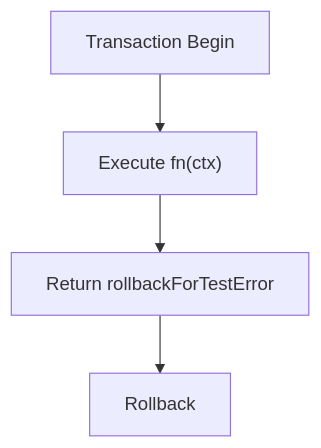
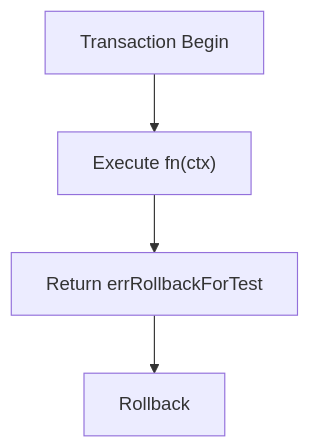
One commit to Tomy-ch/go-boilerplate changed the third of 8 diagrams in internal/infrastructure/rdb/testkit/README.md. Above: the diagram before and after it, drawn with Mermaid. The commit also changed other lines of this file and 114 other files, not shown here.

````diff
--- a/internal/infrastructure/rdb/testkit/README.md
+++ b/internal/infrastructure/rdb/testkit/README.md
@@ -90,9 +90,9 @@
 ```mermaid
 flowchart TD
     A[Transaction Begin]
     B["Execute fn(ctx)"]
-    C[Return rollbackForTestError]
+    C[Return errRollbackForTest]
     D[Rollback]
 
     A --> B --> C --> D
 ```
````
